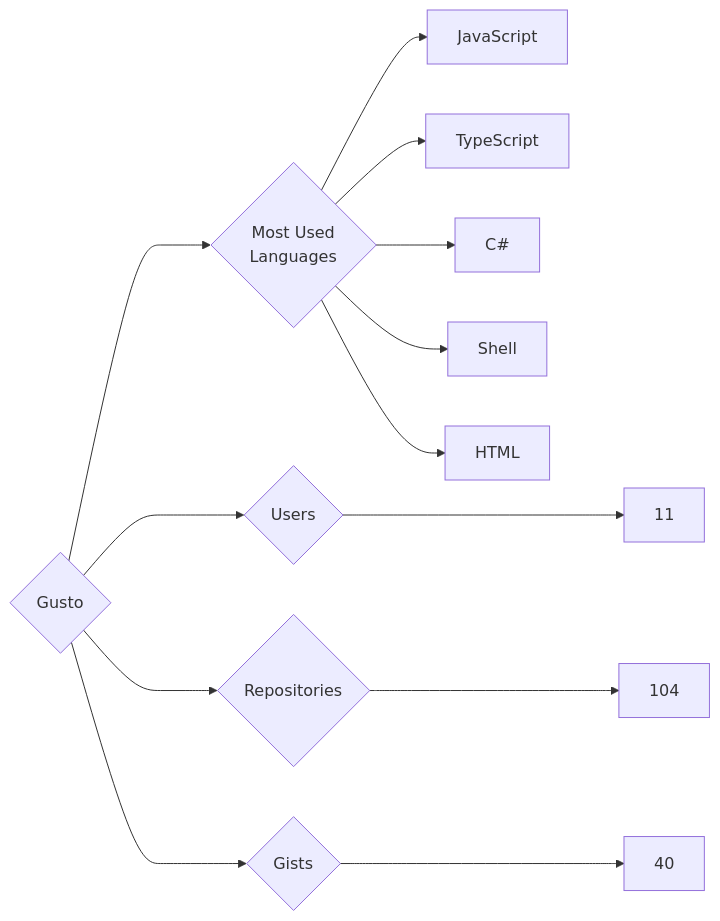
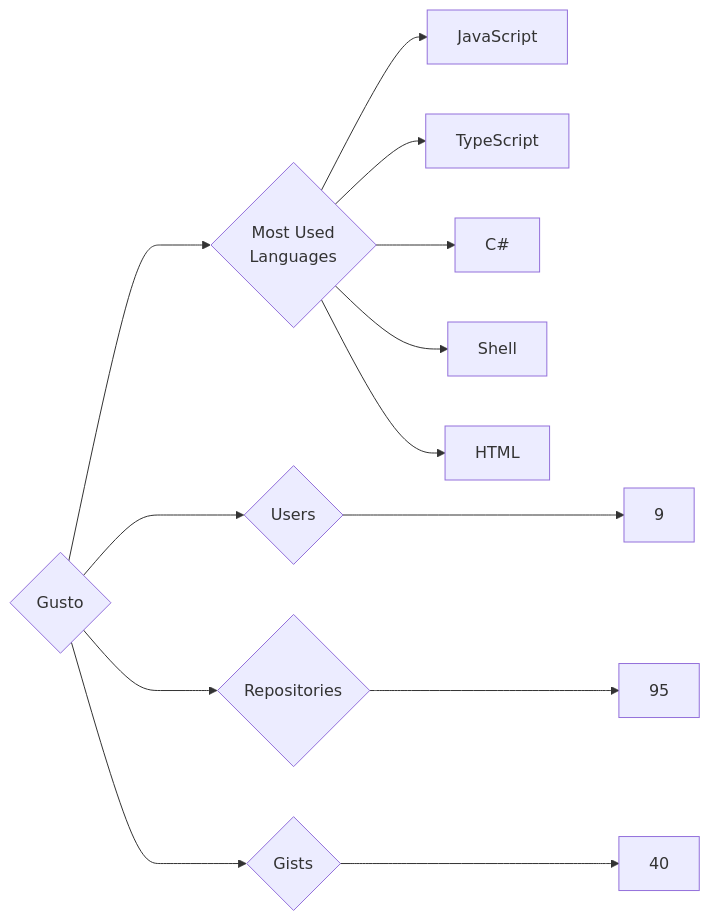
One commit to trickest/insiders changed the diagram in targets/Gusto/README.md. Above: the diagram before and after it, drawn with Mermaid. The commit also changed 1020 other files, not shown here.

````diff
--- a/targets/Gusto/README.md
+++ b/targets/Gusto/README.md
@@ -3,13 +3,13 @@
 ```mermaid
 graph LR
 COMPANY_NAME{Gusto}
-COMPANY_NAME ---> U{Users} ---> UN[11]
-COMPANY_NAME ---> R{Repositories} ---> RN[104]
+COMPANY_NAME ---> U{Users} ---> UN[9]
+COMPANY_NAME ---> R{Repositories} ---> RN[95]
 COMPANY_NAME ---> G{Gists} ---> GN[40]
 COMPANY_NAME ---> ML{Most Used<br>Languages}
 ML --> JavaScript[JavaScript]
 ML --> TypeScript[TypeScript]
 ML --> C#[C#]
 ML --> Shell[Shell]
 ML --> HTML[HTML]
 ```
````
